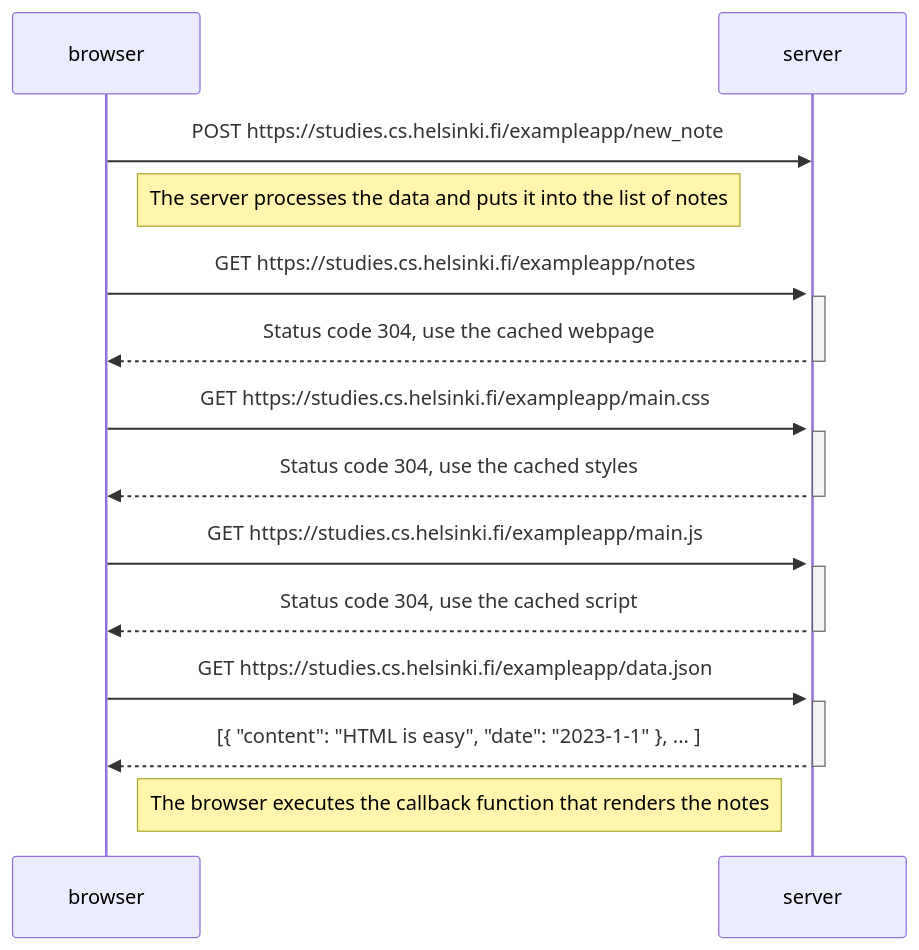
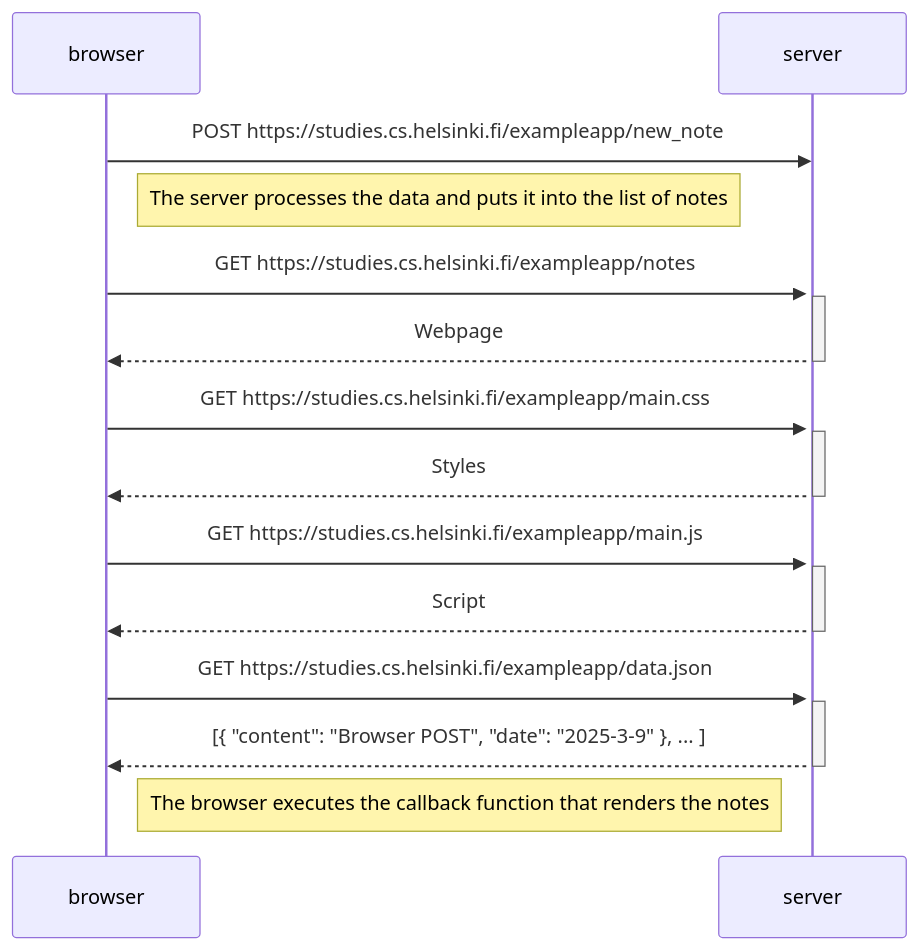
One commit to ianDougherty0706/fullStackOpen changed the diagram in part0/newNoteDiagram.md. Above: the diagram before and after it, drawn with Mermaid.

````diff
--- a/part0/newNoteDiagram.md
+++ b/part0/newNoteDiagram.md
@@ -1,31 +1,31 @@
 ```mermaid
 sequenceDiagram
     participant browser
     participant server
 
     browser->>server: POST https://studies.cs.helsinki.fi/exampleapp/new_note
     activate server
     Note right of browser: The server processes the data and puts it into the list of notes
 
     browser->>server: GET https://studies.cs.helsinki.fi/exampleapp/notes
     activate server
-    server-->>browser: Status code 304, use the cached webpage
+    server-->>browser: Webpage
     deactivate server
 
     browser->>server: GET https://studies.cs.helsinki.fi/exampleapp/main.css
     activate server
-    server-->>browser: Status code 304, use the cached styles
+    server-->>browser: Styles
     deactivate server
 
     browser->>server: GET https://studies.cs.helsinki.fi/exampleapp/main.js
     activate server
-    server-->>browser: Status code 304, use the cached script
+    server-->>browser: Script
     deactivate server
 
     browser->>server: GET https://studies.cs.helsinki.fi/exampleapp/data.json
     activate server
-    server-->>browser: [{ "content": "HTML is easy", "date": "2023-1-1" }, ... ]
+    server-->>browser: [{ "content": "Browser POST", "date": "2025-3-9" }, ... ]
     deactivate server
 
     Note right of browser: The browser executes the callback function that renders the notes
 ```
````
